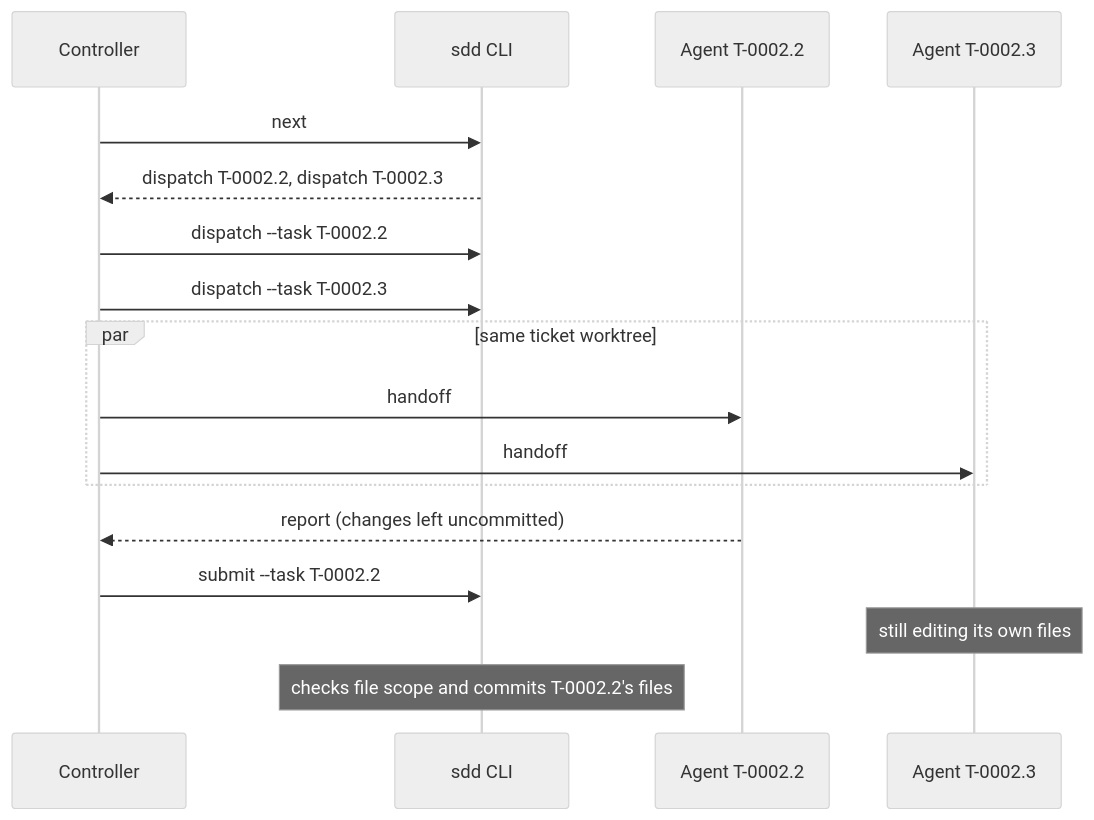
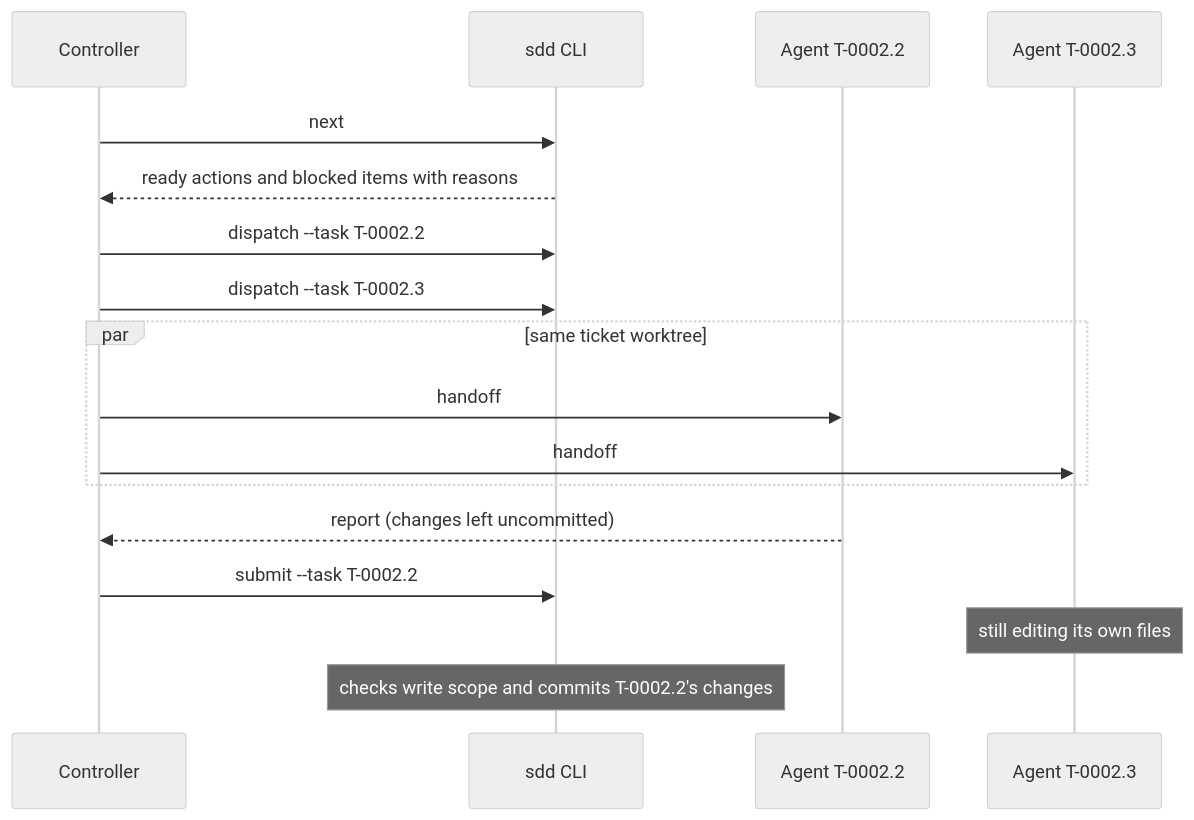
One commit to UseTheFork/spindle changed the third of 7 diagrams in SDD-WORKFLOWS.md. Above: the diagram before and after it, drawn with Mermaid (neutral theme). The commit also changed other lines of this file, not shown here.

````diff
--- a/SDD-WORKFLOWS.md
+++ b/SDD-WORKFLOWS.md
@@ -140,19 +172,19 @@
 ```mermaid
 sequenceDiagram
     participant C as Controller
     participant CLI as sdd CLI
     participant W1 as Agent T-0002.2
     participant W2 as Agent T-0002.3
     C->>CLI: next
-    CLI-->>C: dispatch T-0002.2, dispatch T-0002.3
+    CLI-->>C: ready actions and blocked items with reasons
     C->>CLI: dispatch --task T-0002.2
     C->>CLI: dispatch --task T-0002.3
     par same ticket worktree
         C->>W1: handoff
         C->>W2: handoff
     end
     W1-->>C: report (changes left uncommitted)
     C->>CLI: submit --task T-0002.2
     Note over W2: still editing its own files
-    Note over CLI: checks file scope and commits T-0002.2's files
+    Note over CLI: checks write scope and commits T-0002.2's changes
 ```
````
